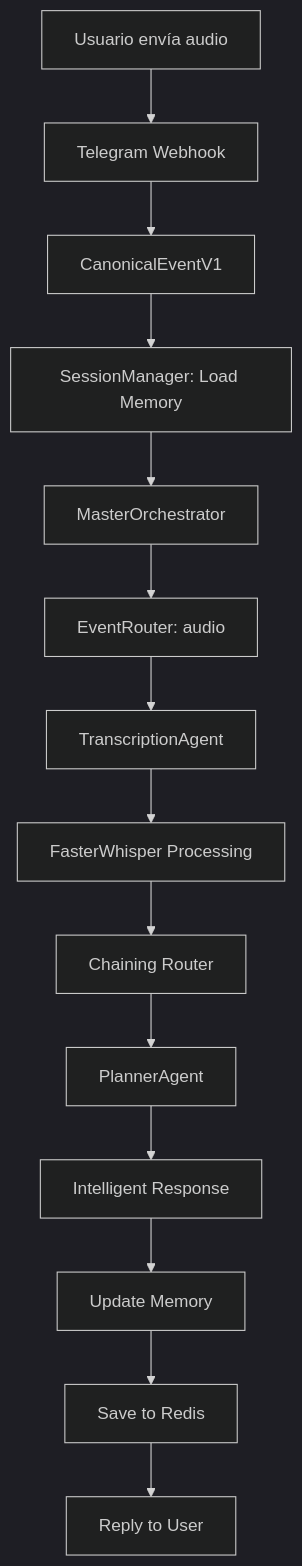
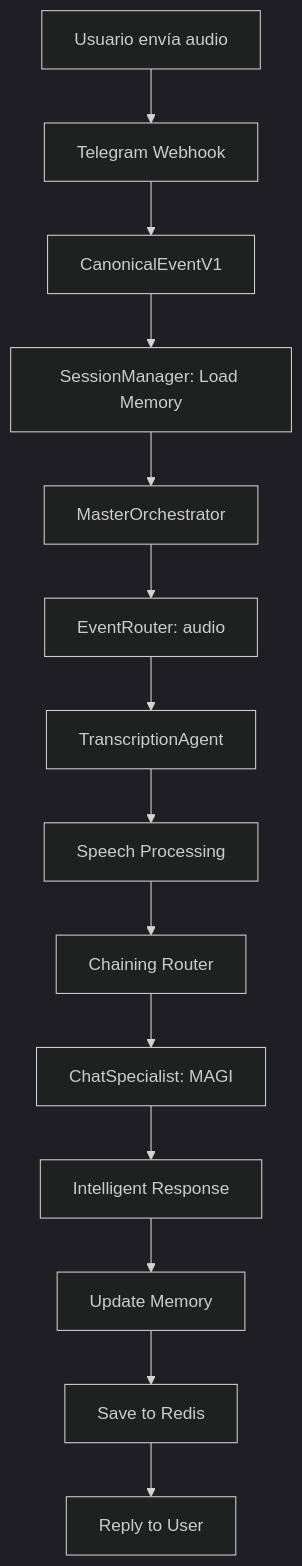
Before and after one commit to JhomC3/AEGEN: the second of 2 diagrams in docs/TECHNICAL_ARCHITECTURE.md, drawn with Mermaid (dark theme). The commit also changed other lines of this file and 35 other files, not shown here.

Commit message:
feat(core): unify identity as AEGEN/MAGI and refactor TCC specialist

````diff
--- a/docs/TECHNICAL_ARCHITECTURE.md
+++ b/docs/TECHNICAL_ARCHITECTURE.md
@@ -49,18 +48,18 @@
 ```mermaid
 graph TD
     A[Usuario envía audio] --> B[Telegram Webhook]
     B --> C[CanonicalEventV1]
     C --> D[SessionManager: Load Memory]
     D --> E[MasterOrchestrator]
 
     E --> F[EventRouter: audio]
     F --> G[TranscriptionAgent]
-    G --> H[FasterWhisper Processing]
+    G --> H[Speech Processing]
     H --> I[Chaining Router]
 
-    I --> J[PlannerAgent]
+    I --> J[ChatSpecialist: MAGI]
     J --> K[Intelligent Response]
     K --> L[Update Memory]
     L --> M[Save to Redis]
     M --> N[Reply to User]
 ```
````
